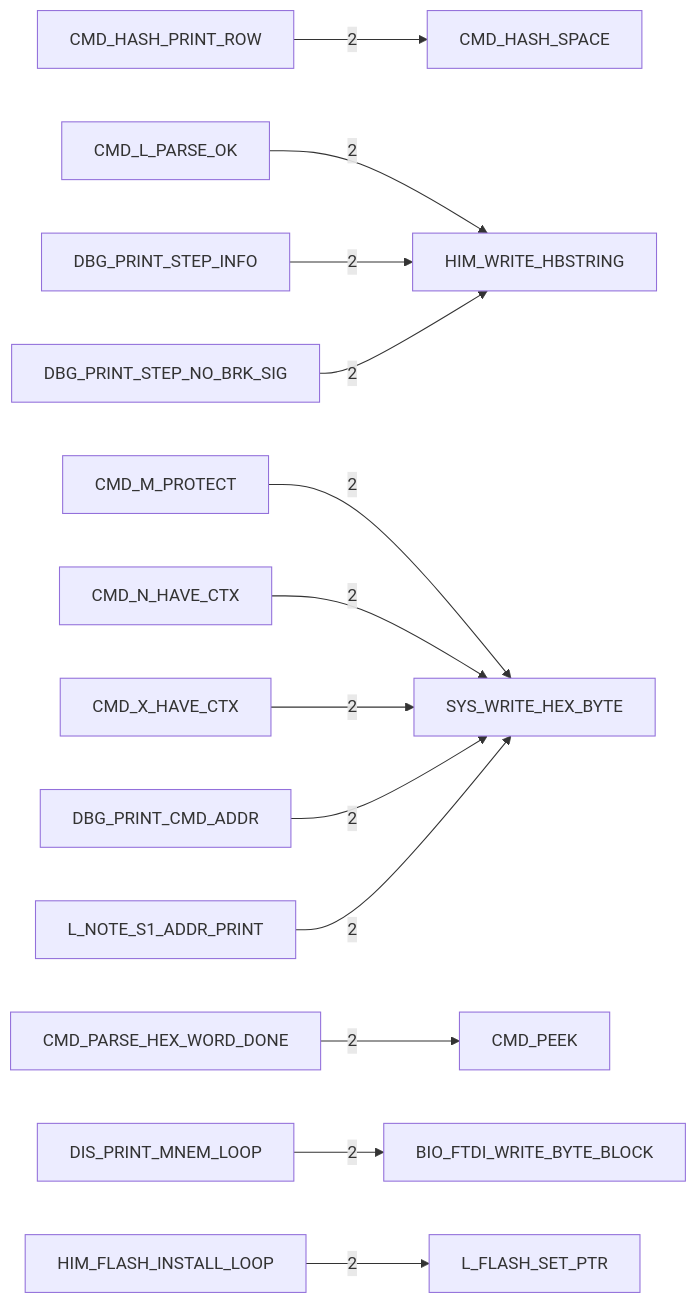
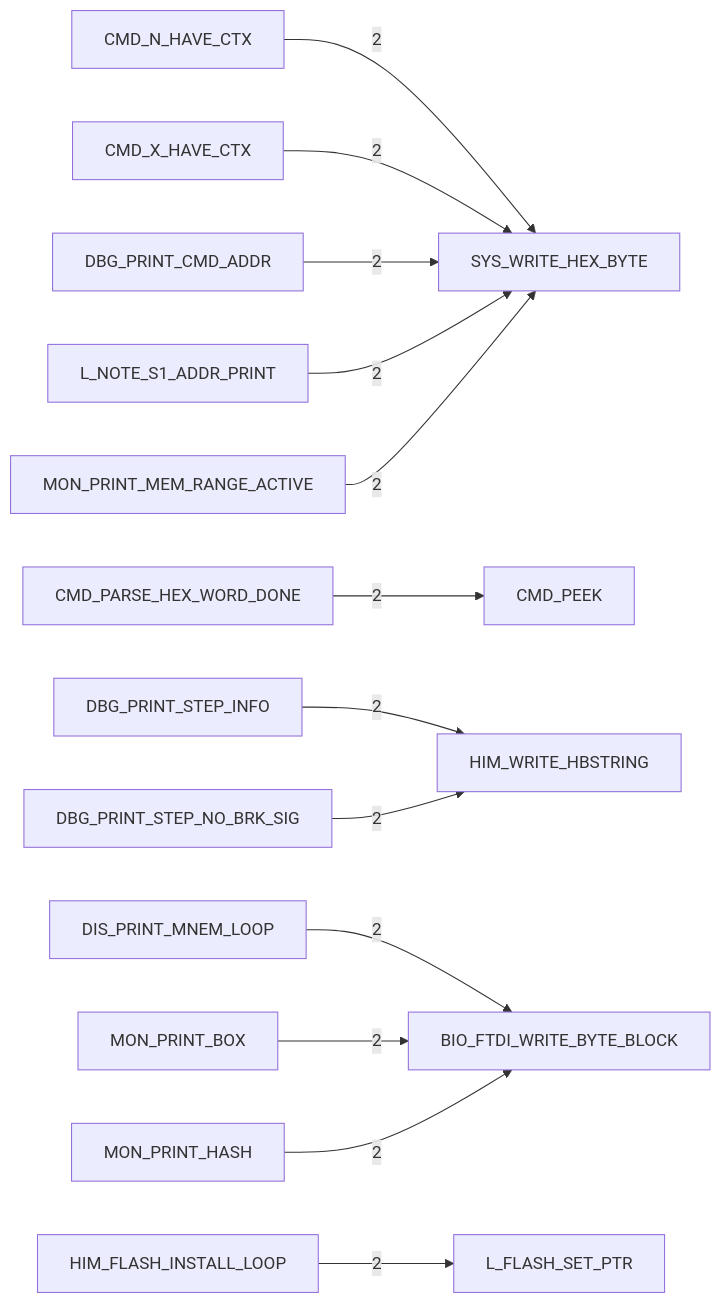
One commit to 95westus/R-YORS changed the fourth of 6 diagrams in DOC/GENERATED/HIMON_COMMAND_MAP.md. Above: the diagram before and after it, drawn with Mermaid. The commit also changed other lines of this file and 243 other files, not shown here.

````diff
--- a/DOC/GENERATED/HIMON_COMMAND_MAP.md
+++ b/DOC/GENERATED/HIMON_COMMAND_MAP.md
@@ -60,15 +60,15 @@
 ```mermaid
 flowchart LR
-    N_CMD_HASH_PRINT_ROW[CMD_HASH_PRINT_ROW] -->|2| N_CMD_HASH_SPACE[CMD_HASH_SPACE]
-    N_CMD_L_PARSE_OK[CMD_L_PARSE_OK] -->|2| N_HIM_WRITE_HBSTRING[HIM_WRITE_HBSTRING]
-    N_CMD_M_PROTECT[CMD_M_PROTECT] -->|2| N_SYS_WRITE_HEX_BYTE[SYS_WRITE_HEX_BYTE]
     N_CMD_N_HAVE_CTX[CMD_N_HAVE_CTX] -->|2| N_SYS_WRITE_HEX_BYTE[SYS_WRITE_HEX_BYTE]
     N_CMD_PARSE_HEX_WORD_DONE[CMD_PARSE_HEX_WORD_DONE] -->|2| N_CMD_PEEK[CMD_PEEK]
     N_CMD_X_HAVE_CTX[CMD_X_HAVE_CTX] -->|2| N_SYS_WRITE_HEX_BYTE[SYS_WRITE_HEX_BYTE]
     N_DBG_PRINT_CMD_ADDR[DBG_PRINT_CMD_ADDR] -->|2| N_SYS_WRITE_HEX_BYTE[SYS_WRITE_HEX_BYTE]
     N_DBG_PRINT_STEP_INFO[DBG_PRINT_STEP_INFO] -->|2| N_HIM_WRITE_HBSTRING[HIM_WRITE_HBSTRING]
     N_DBG_PRINT_STEP_NO_BRK_SIG[DBG_PRINT_STEP_NO_BRK_SIG] -->|2| N_HIM_WRITE_HBSTRING[HIM_WRITE_HBSTRING]
     N_DIS_PRINT_MNEM_LOOP[DIS_PRINT_MNEM_LOOP] -->|2| N_BIO_FTDI_WRITE_BYTE_BLOCK[BIO_FTDI_WRITE_BYTE_BLOCK]
     N_HIM_FLASH_INSTALL_LOOP[HIM_FLASH_INSTALL_LOOP] -->|2| N_L_FLASH_SET_PTR[L_FLASH_SET_PTR]
     N_L_NOTE_S1_ADDR_PRINT[L_NOTE_S1_ADDR_PRINT] -->|2| N_SYS_WRITE_HEX_BYTE[SYS_WRITE_HEX_BYTE]
+    N_MON_PRINT_BOX[MON_PRINT_BOX] -->|2| N_BIO_FTDI_WRITE_BYTE_BLOCK[BIO_FTDI_WRITE_BYTE_BLOCK]
+    N_MON_PRINT_HASH[MON_PRINT_HASH] -->|2| N_BIO_FTDI_WRITE_BYTE_BLOCK[BIO_FTDI_WRITE_BYTE_BLOCK]
+    N_MON_PRINT_MEM_RANGE_ACTIVE[MON_PRINT_MEM_RANGE_ACTIVE] -->|2| N_SYS_WRITE_HEX_BYTE[SYS_WRITE_HEX_BYTE]
 ```
````
